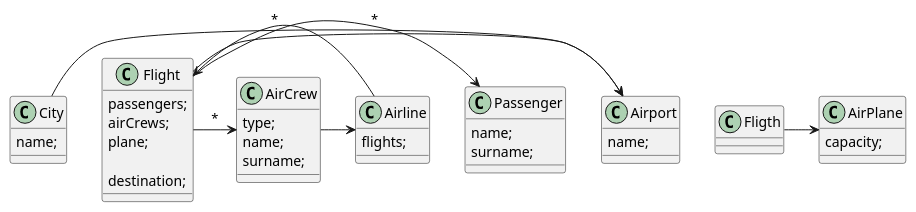
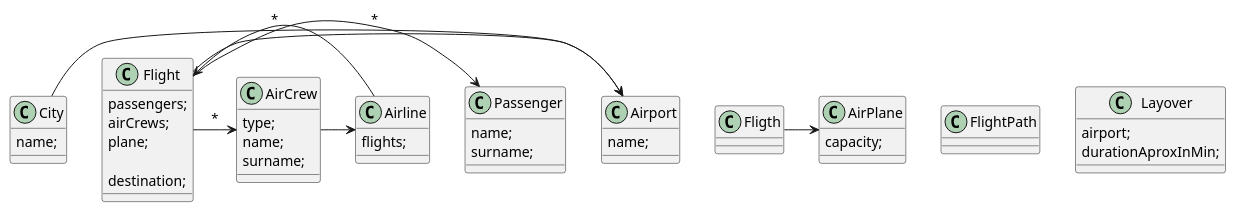
Before and after one commit to LeandroBenitez12/SistemaDual: the diagram in SoftwareDevelopment/SecondModule/SecondClass/ExerciseFlight/entities/diagramUML.puml, drawn with PlantUML.

```diff
--- a/SoftwareDevelopment/SecondModule/SecondClass/ExerciseFlight/entities/diagramUML.puml
+++ b/SoftwareDevelopment/SecondModule/SecondClass/ExerciseFlight/entities/diagramUML.puml
@@ -1,46 +1,53 @@
 @startuml
 
 class Airport{
     name;
 }
 class City{
     name;
 }
 
 class AirPlane{
     capacity;
 }
 
 class Airline{
     flights;
 }
 class Flight{
     passengers;
     airCrews;
     plane;
    
     destination;
 }
 
 class Passenger{
     name;
     surname;
 }
 
 class AirCrew{
     type;
     name;
     surname;
 }
 
+class FlightPath{
+    
+}
 
+class Layover{
+    airport;
+    durationAproxInMin;
+}
 City -> Airport
 Flight -> Airport
 Flight -> Passenger: *
 Flight -> AirCrew: *
 Fligth -> AirPlane
 Airline -> Flight: *
 AirCrew -> Airline
 
 
 @enduml
```
